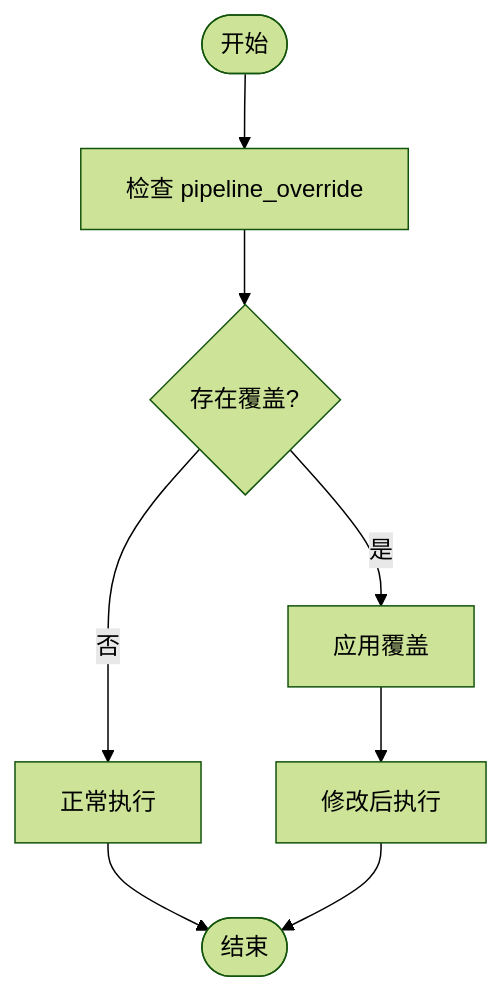
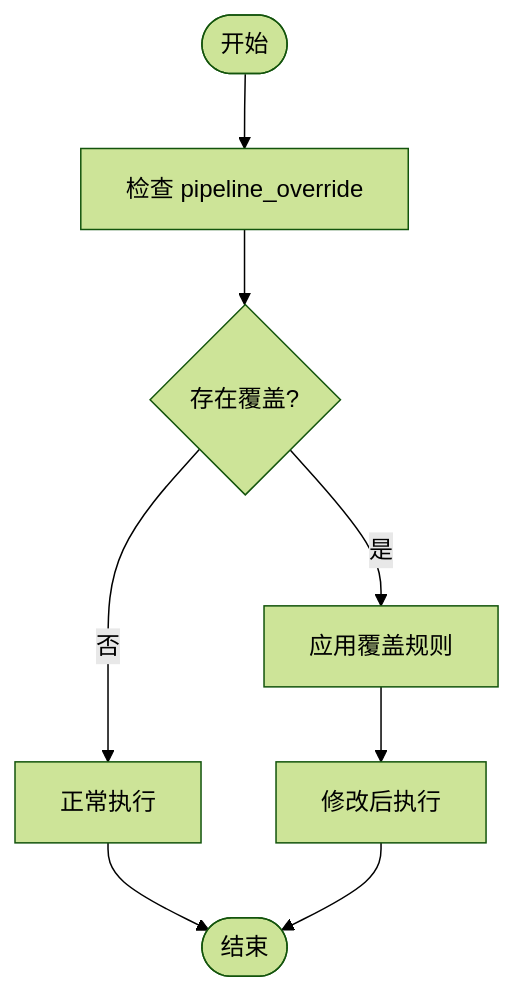
The fifth of 6 diagrams in .qoder/repowiki/zh/content/系统架构与设计/配置体系与资源管理/界面接口配置/选项与参数配置/选项与参数配置.md (kqcoxn/MaaDuDuL), drawn with Mermaid (forest theme) before and after one commit. The commit also changed other lines of this file and 12 other files, not shown here.

````diff
--- a/.qoder/repowiki/zh/content/系统架构与设计/配置体系与资源管理/界面接口配置/选项与参数配置/选项与参数配置.md
+++ b/.qoder/repowiki/zh/content/系统架构与设计/配置体系与资源管理/界面接口配置/选项与参数配置/选项与参数配置.md
@@ -75,10 +164,10 @@
 ```mermaid
 flowchart TD
 Start([开始]) --> CheckOverride["检查 pipeline_override"]
 CheckOverride --> HasOverride{"存在覆盖?"}
-HasOverride --> |是| ApplyOverride["应用覆盖"]
+HasOverride --> |是| ApplyOverride["应用覆盖规则"]
 HasOverride --> |否| NormalExecute["正常执行"]
 ApplyOverride --> ModifiedExecute["修改后执行"]
 NormalExecute --> End([结束])
 ModifiedExecute --> End
 ```
````
